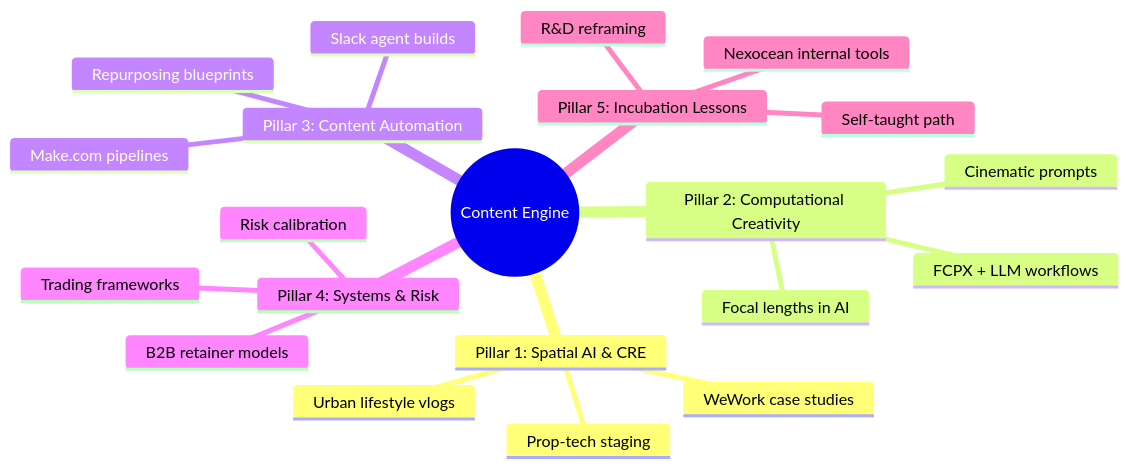
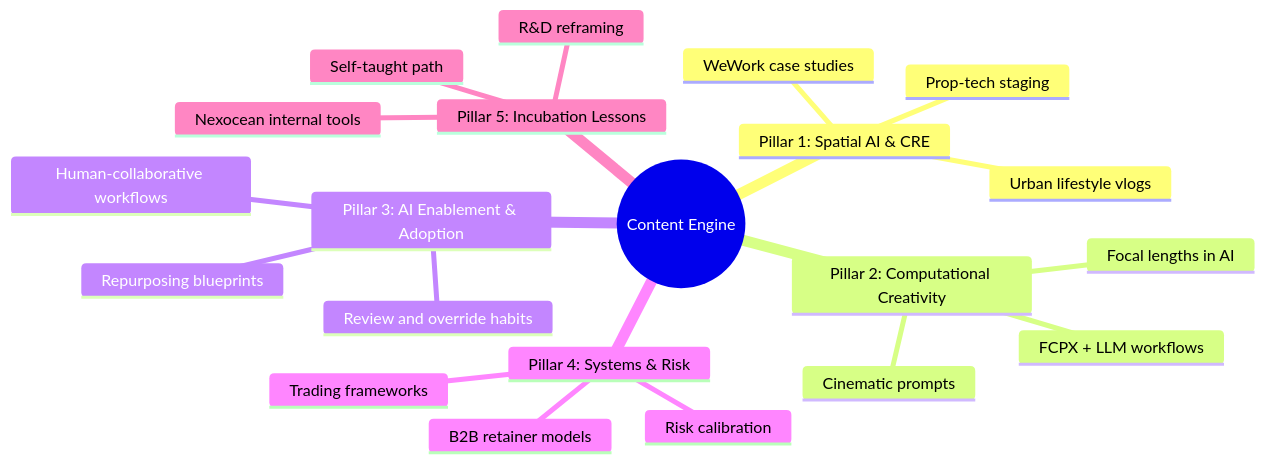
The diagram in 04_content_system/pillars/content_pillars.md (KaranChordia/kramaniti), drawn with Mermaid before and after one commit. The commit also changed other lines of this file and 14 other files, not shown here.

````diff
--- a/04_content_system/pillars/content_pillars.md
+++ b/04_content_system/pillars/content_pillars.md
@@ -9,24 +11,24 @@
 ```mermaid
 mindmap
   root((Content Engine))
     Pillar 1: Spatial AI & CRE
       WeWork case studies
       Prop-tech staging
       Urban lifestyle vlogs
     Pillar 2: Computational Creativity
       Cinematic prompts
       Focal lengths in AI
       FCPX + LLM workflows
-    Pillar 3: Content Automation
-      Make.com pipelines
+    Pillar 3: AI Enablement & Adoption
+      Human-collaborative workflows
       Repurposing blueprints
-      Slack agent builds
+      Review and override habits
     Pillar 4: Systems & Risk
       Trading frameworks
       B2B retainer models
       Risk calibration
     Pillar 5: Incubation Lessons
       R&D reframing
       Self-taught path
       Nexocean internal tools
 ```
````
